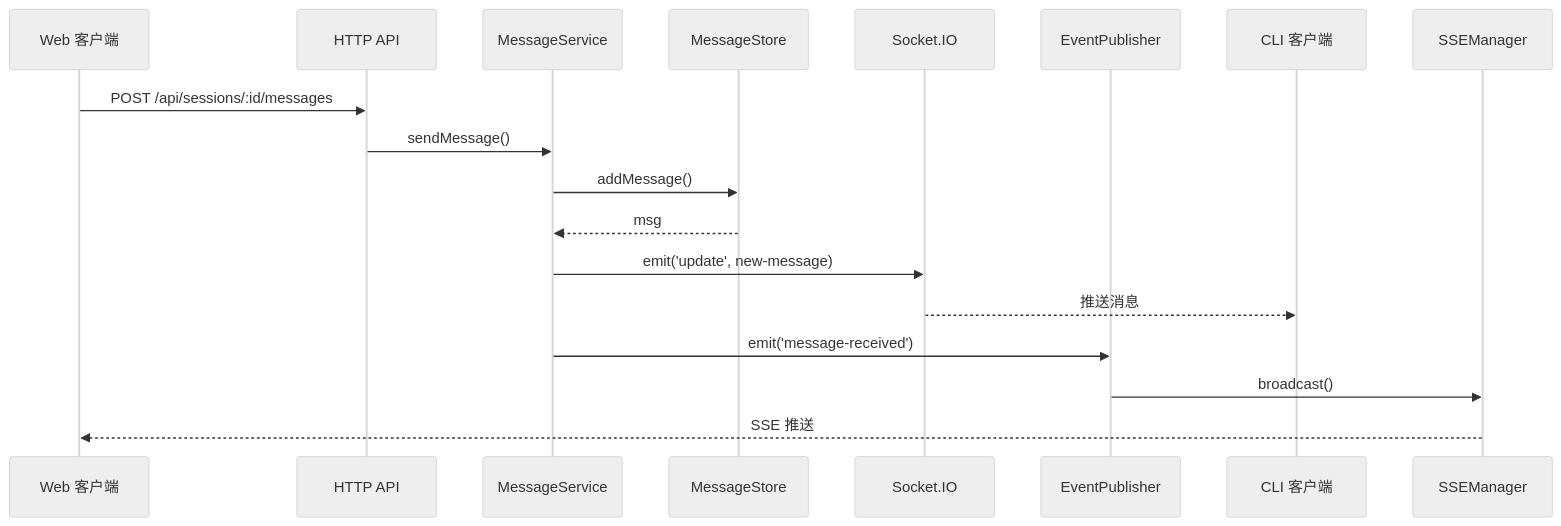
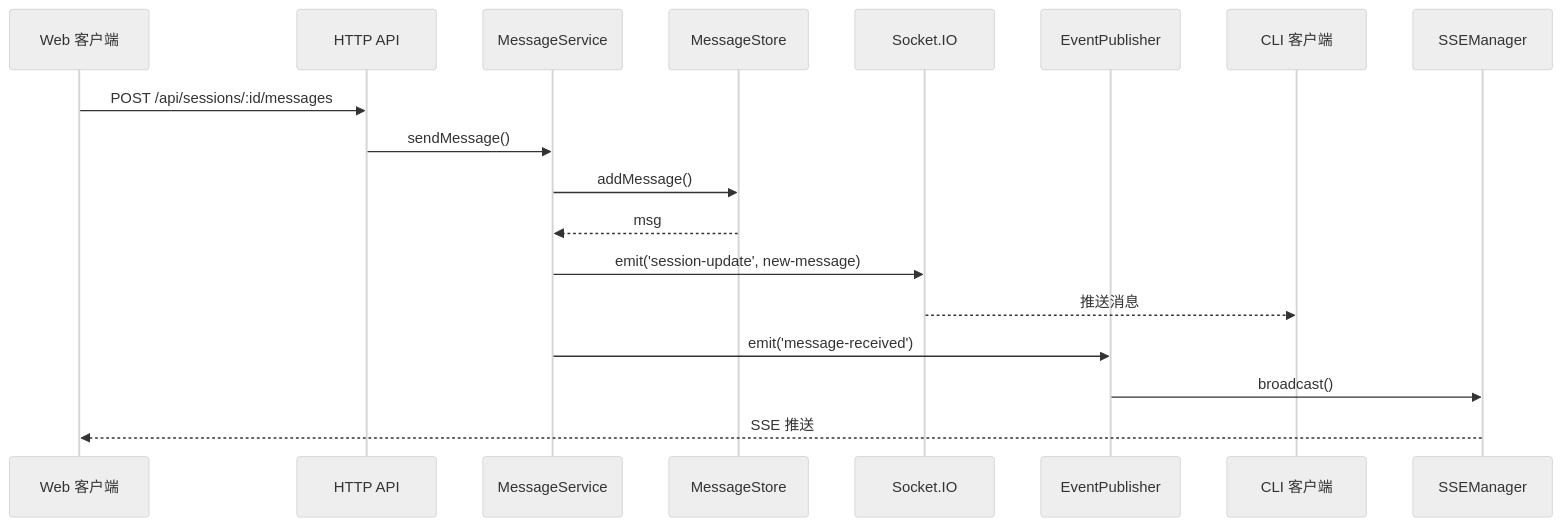
Before and after one commit to ModuBit/mobi: the second of 3 diagrams in docs/architecture/hub/sync/message-service.md, drawn with Mermaid (neutral theme). The commit also changed 42 other files, not shown here.

````diff
--- a/docs/architecture/hub/sync/message-service.md
+++ b/docs/architecture/hub/sync/message-service.md
@@ -62,21 +62,21 @@
 ```mermaid
 sequenceDiagram
     participant Web as Web 客户端
     participant API as HTTP API
     participant MS as MessageService
     participant Store as MessageStore
     participant IO as Socket.IO
     participant Pub as EventPublisher
     participant CLI as CLI 客户端
     participant SSE as SSEManager
 
     Web->>API: POST /api/sessions/:id/messages
     API->>MS: sendMessage()
     MS->>Store: addMessage()
     Store-->>MS: msg
-    MS->>IO: emit('update', new-message)
+    MS->>IO: emit('session-update', new-message)
     IO-->>CLI: 推送消息
     MS->>Pub: emit('message-received')
     Pub->>SSE: broadcast()
     SSE-->>Web: SSE 推送
 ```
````
